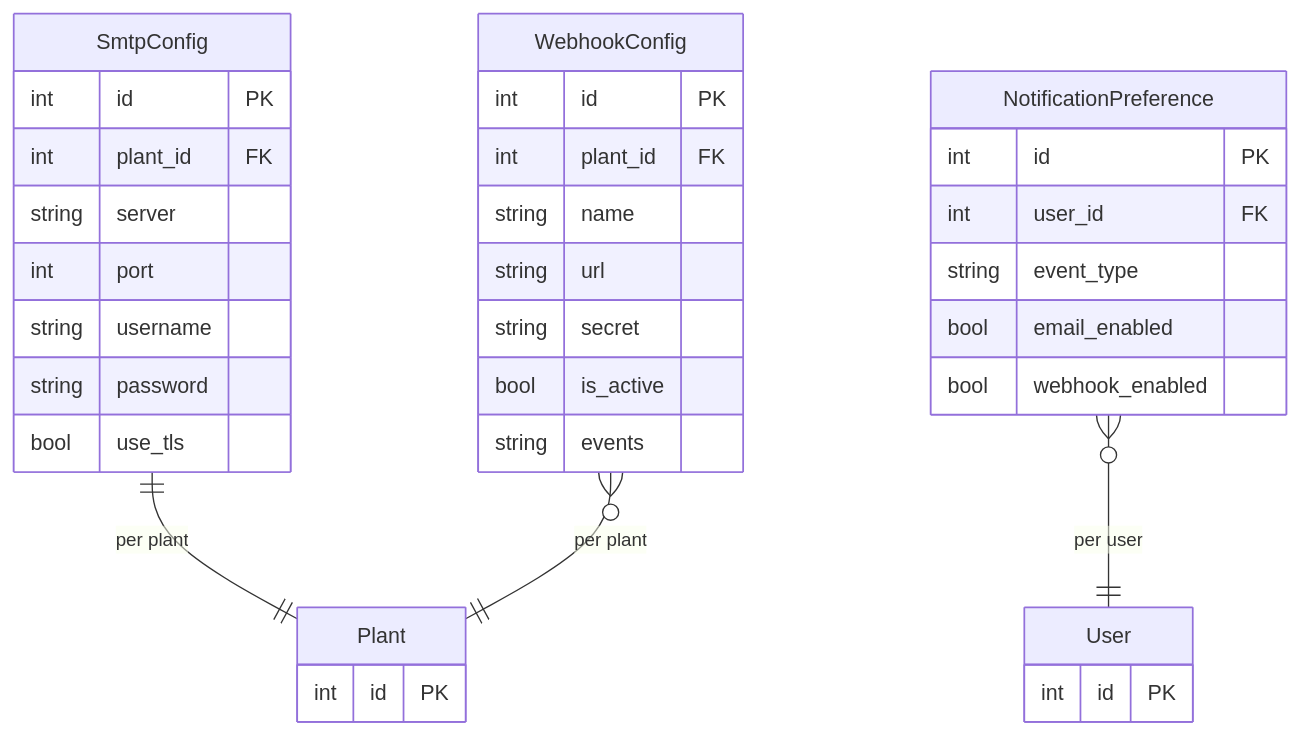
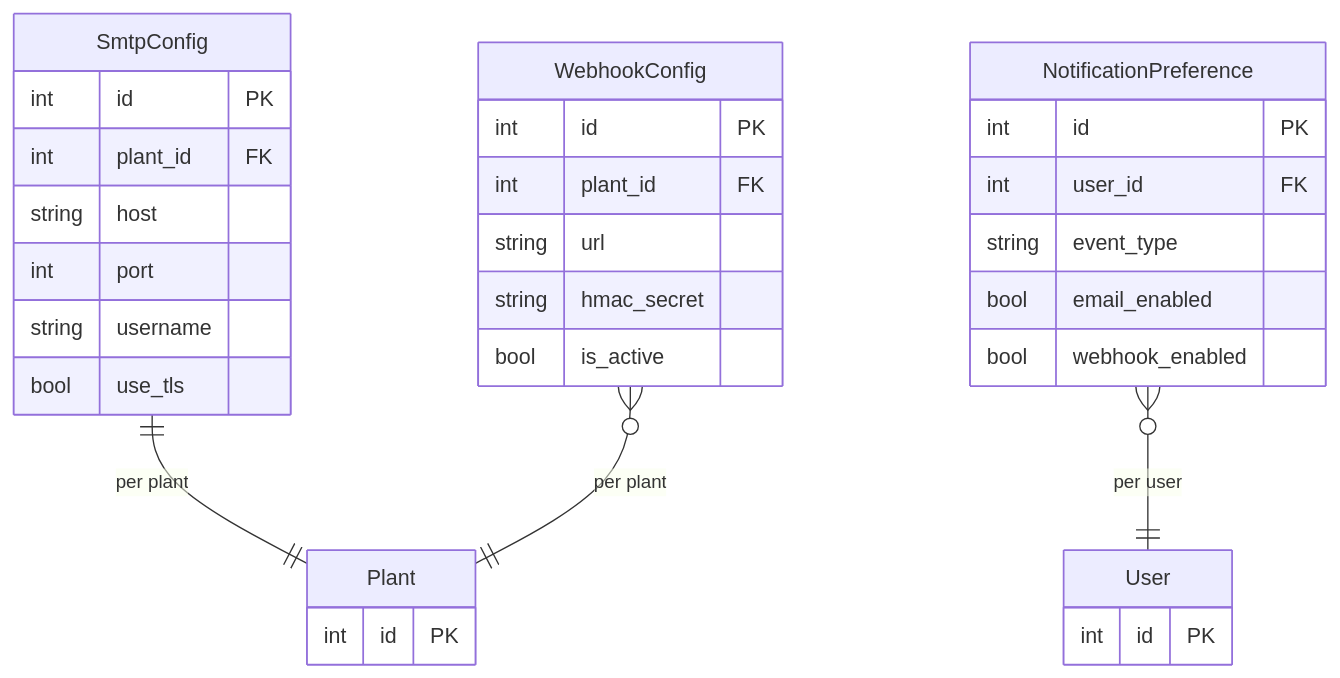
One commit to saturnis-io/cassini changed the second of 2 diagrams in .knowledge/features/notifications.md. Above: the diagram before and after it, drawn with Mermaid. The commit also changed other lines of this file and 15 other files, not shown here.

Commit message:
knowledge-graph: regenerate

````diff
--- a/.knowledge/features/notifications.md
+++ b/.knowledge/features/notifications.md
@@ -30,37 +23,34 @@
 ```mermaid
 erDiagram
     SmtpConfig ||--|| Plant : "per plant"
     WebhookConfig }o--|| Plant : "per plant"
     NotificationPreference }o--|| User : "per user"
     SmtpConfig {
         int id PK
         int plant_id FK
-        string server
+        string host
         int port
         string username
-        string password
         bool use_tls
     }
     WebhookConfig {
         int id PK
         int plant_id FK
-        string name
         string url
-        string secret
+        string hmac_secret
         bool is_active
-        string events
     }
     NotificationPreference {
         int id PK
         int user_id FK
         string event_type
         bool email_enabled
         bool webhook_enabled
     }
     Plant {
         int id PK
     }
     User {
         int id PK
     }
 ```
````
